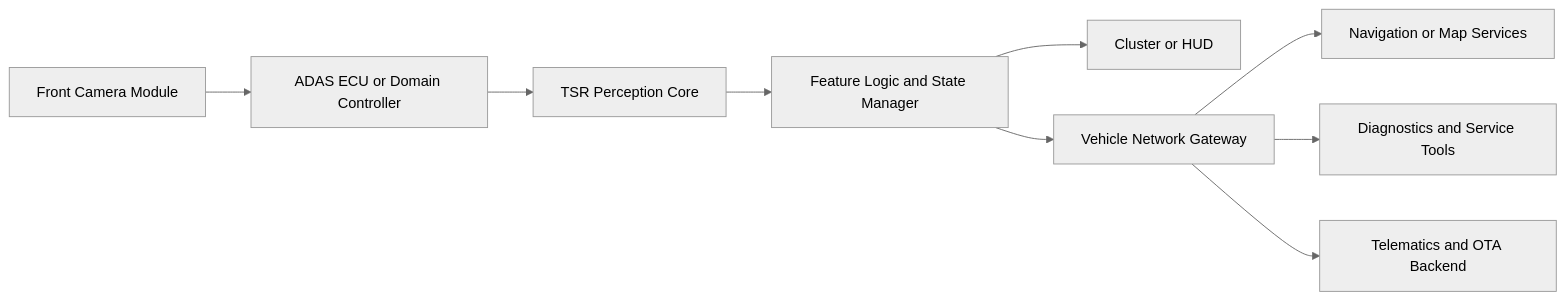
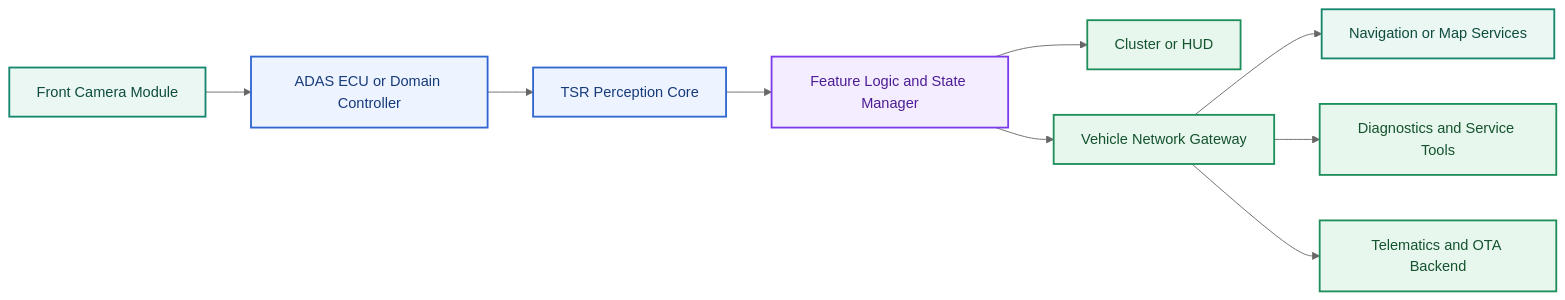
Before and after one commit to LeNguyenHaiDuong/adas-tsr: the fourth of 48 diagrams in research/1.research_tsr_three_part_unified.md, drawn with Mermaid (neutral theme). The commit also changed other lines of this file and 5 other files, not shown here.

Commit message:
Add mermaid color

````diff
--- a/research/1.research_tsr_three_part_unified.md
+++ b/research/1.research_tsr_three_part_unified.md
@@ -205,11 +245,20 @@
 ```mermaid
 flowchart LR
     A[Front Camera Module] --> B[ADAS ECU or Domain Controller]
     B --> C[TSR Perception Core]
     C --> D[Feature Logic and State Manager]
     D --> E[Cluster or HUD]
     D --> F[Vehicle Network Gateway]
     F --> G[Navigation or Map Services]
     F --> H[Diagnostics and Service Tools]
     F --> I[Telematics and OTA Backend]
+
+    classDef source fill:#EAF7F2,stroke:#14866D,color:#0F4C3F,stroke-width:2px;
+    classDef feature fill:#EDF3FF,stroke:#2F66D0,color:#173B7A,stroke-width:2px;
+    classDef temporal fill:#F4ECFF,stroke:#7C3AED,color:#4C1D95,stroke-width:2px;
+    classDef integration fill:#E8F7EE,stroke:#1E8E5A,color:#14532D,stroke-width:2px;
+    class A,G source;
+    class B,C feature;
+    class D temporal;
+    class E,F,H,I integration;
 ```
````
